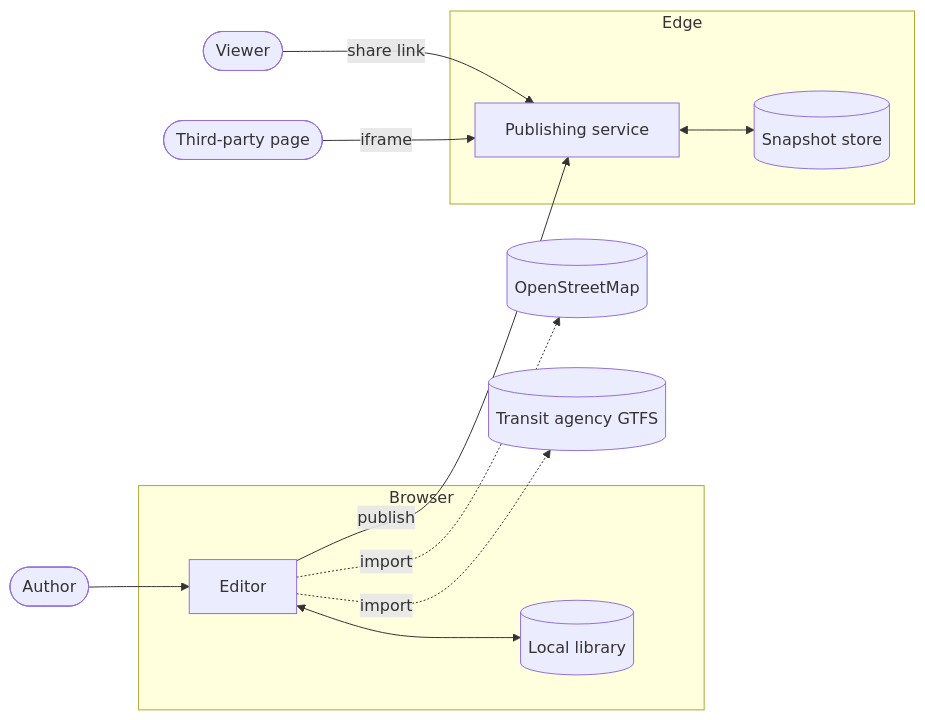
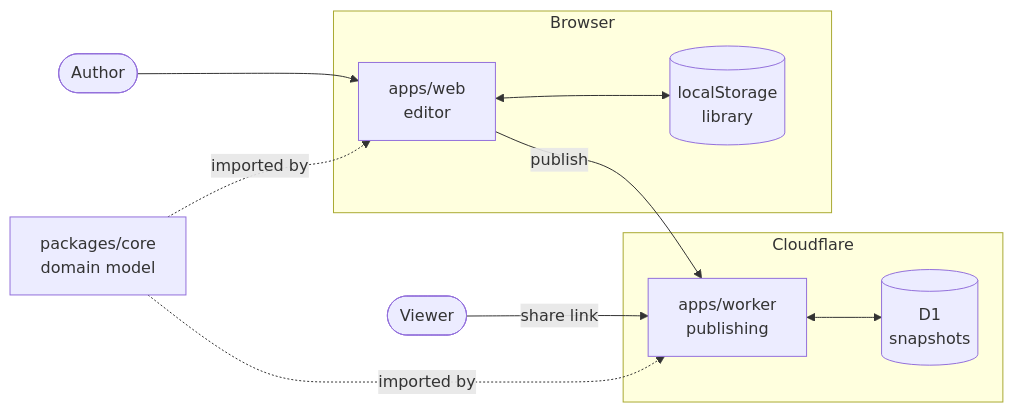
Before and after one commit to LasVegasForTransit/transit-mapper: the diagram in docs/development/explanation/architecture.md, drawn with Mermaid. The commit also changed other lines of this file and 2 other files, not shown here.

````diff
--- a/docs/development/explanation/architecture.md
+++ b/docs/development/explanation/architecture.md
@@ -12,28 +12,25 @@
 ```mermaid
 flowchart LR
   author([Author])
   viewer([Viewer])
-  embedder([Third-party page])
 
-  subgraph client [Browser]
-    editor[Editor]
-    local[(Local library)]
+  subgraph browser [Browser]
+    editor["apps/web<br/>editor"]
+    local[("localStorage<br/>library")]
   end
 
-  subgraph edge [Edge]
-    worker[Publishing service]
-    db[(Snapshot store)]
+  subgraph edge [Cloudflare]
+    worker["apps/worker<br/>publishing"]
+    d1[("D1<br/>snapshots")]
   end
 
-  osm[(OpenStreetMap)]
-  gtfs[(Transit agency GTFS)]
+  core["packages/core<br/>domain model"]
 
   author --> editor
   editor <--> local
   editor -- publish --> worker
-  editor -. import .-> osm
-  editor -. import .-> gtfs
-  worker <--> db
+  worker <--> d1
   viewer -- share link --> worker
-  embedder -- iframe --> worker
+  core -.imported by.-> editor
+  core -.imported by.-> worker
 ```
````
